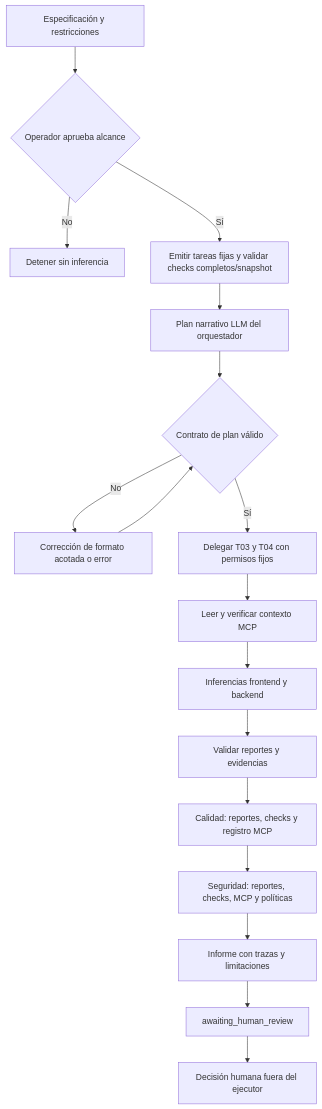
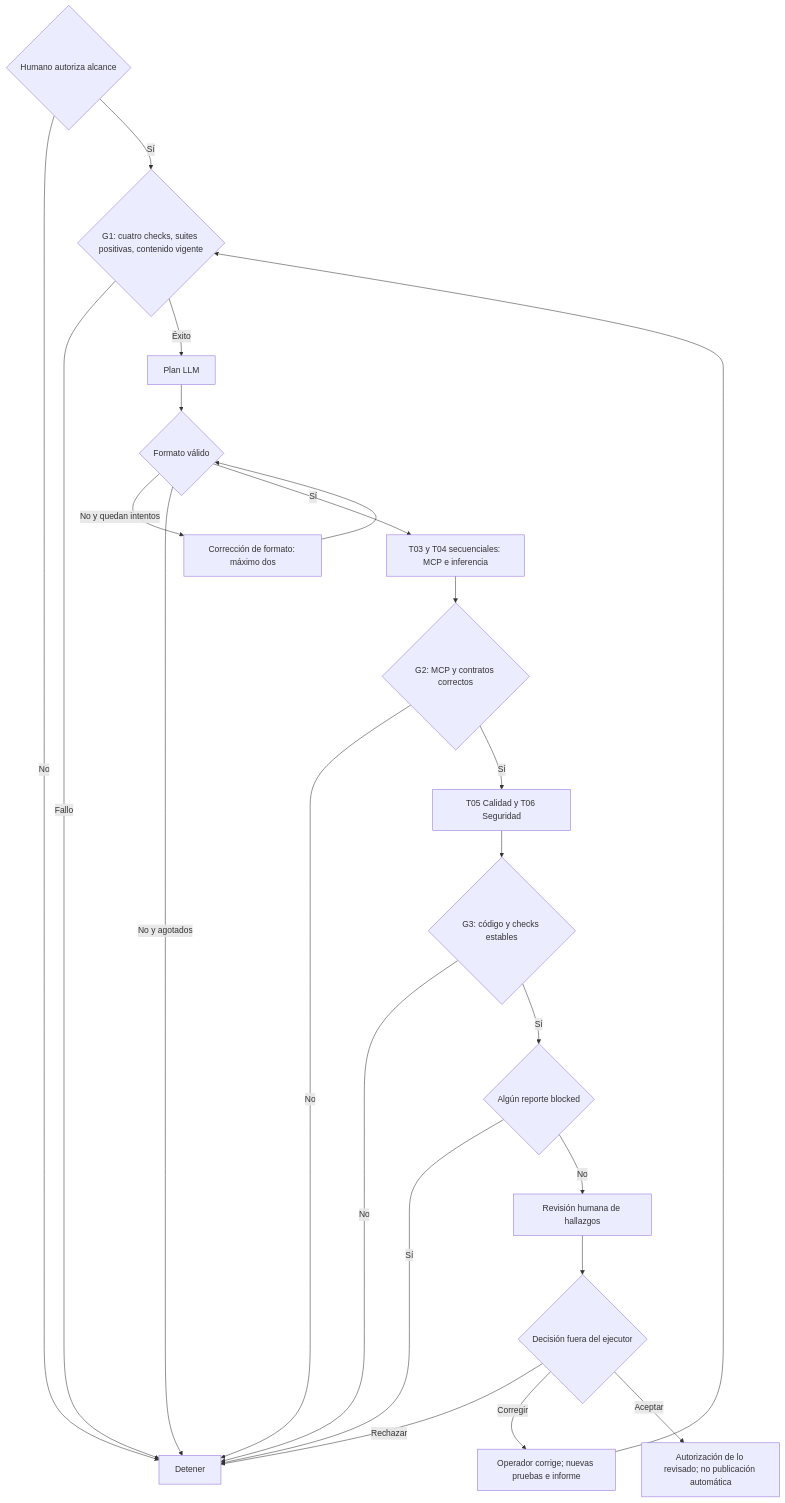
One commit to 2020morales/opita-360 changed the second of 3 diagrams in docs/taller-5/arquitectura.md. Above: the diagram before and after it, drawn with Mermaid. The commit also changed other lines of this file and 83 other files, not shown here.

Commit message:
fix(taller5): cerrar controles de calidad y documentar evidencias

````diff
--- a/docs/taller-5/arquitectura.md
+++ b/docs/taller-5/arquitectura.md
@@ -50,19 +34,25 @@
 ```mermaid
 flowchart TD
-    A[Especificación y restricciones] --> B{Operador aprueba alcance}
-    B -->|No| X[Detener sin inferencia]
-    B -->|Sí| C[Emitir tareas fijas y validar checks completos/snapshot]
-    C --> D[Plan narrativo LLM del orquestador]
-    D --> E{Contrato de plan válido}
-    E -->|No| Z[Corrección de formato acotada o error]
-    Z --> E
-    E -->|Sí| F[Delegar T03 y T04 con permisos fijos]
-    F --> G[Leer y verificar contexto MCP]
-    G --> H[Inferencias frontend y backend]
-    H --> I[Validar reportes y evidencias]
-    I --> J[Calidad: reportes, checks y registro MCP]
-    J --> K[Seguridad: reportes, checks, MCP y políticas]
-    K --> L[Informe con trazas y limitaciones]
-    L --> M[awaiting_human_review]
-    M --> N[Decisión humana fuera del ejecutor]
+ A{Humano autoriza alcance} -->|No| X[Detener]
+ A -->|Sí| G{G1: cuatro checks, suites positivas, contenido vigente}
+ G -->|Fallo| X
+ G -->|Éxito| P[Plan LLM]
+ P --> R{Formato válido}
+ R -->|No y quedan intentos| C[Corrección de formato: máximo dos]
+ C --> R
+ R -->|No y agotados| X
+ R -->|Sí| F[T03 y T04 secuenciales: MCP e inferencia]
+ F --> M{G2: MCP y contratos correctos}
+ M -->|No| X
+ M -->|Sí| Q[T05 Calidad y T06 Seguridad]
+ Q --> E{G3: código y checks estables}
+ E -->|No| X
+ E -->|Sí| D{Algún reporte blocked}
+ D -->|Sí| X
+ D -->|No| H[Revisión humana de hallazgos]
+ H --> U{Decisión fuera del ejecutor}
+ U -->|Rechazar| X
+ U -->|Corregir| T[Operador corrige; nuevas pruebas e informe]
+ T --> G
+ U -->|Aceptar| Z[Autorización de lo revisado; no publicación automática]
 ```
````
